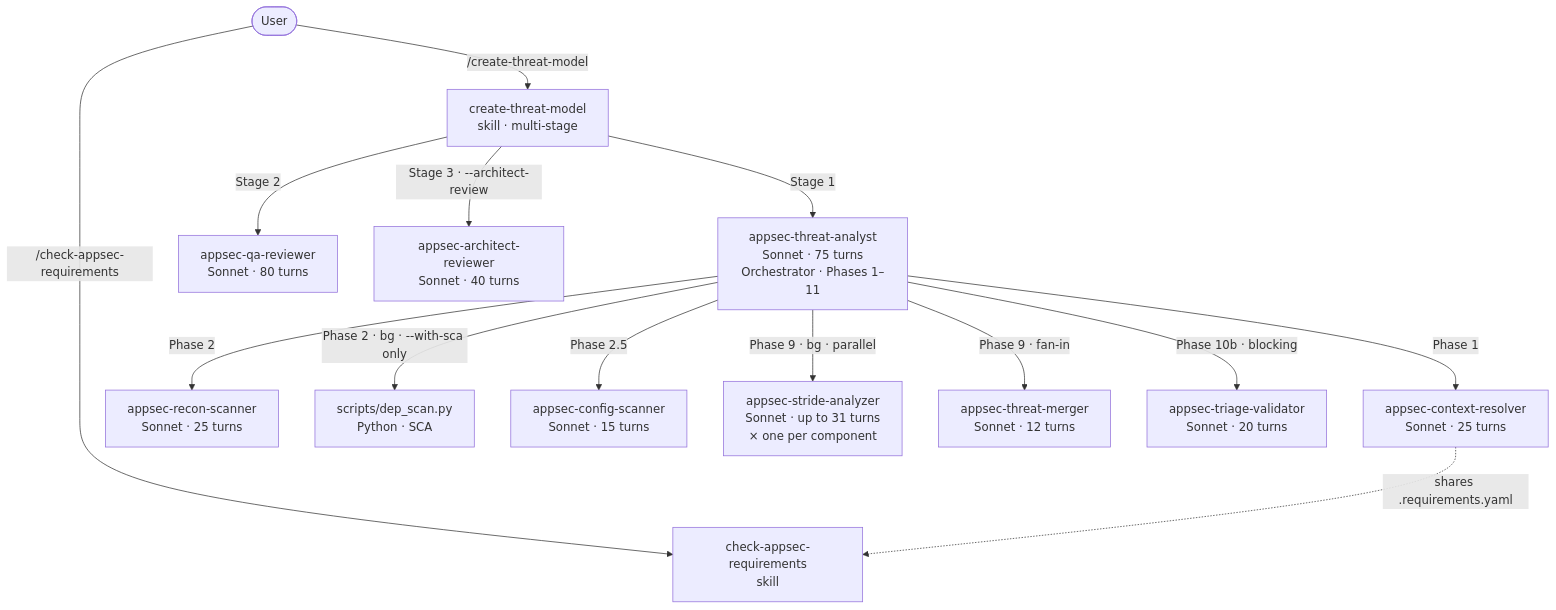
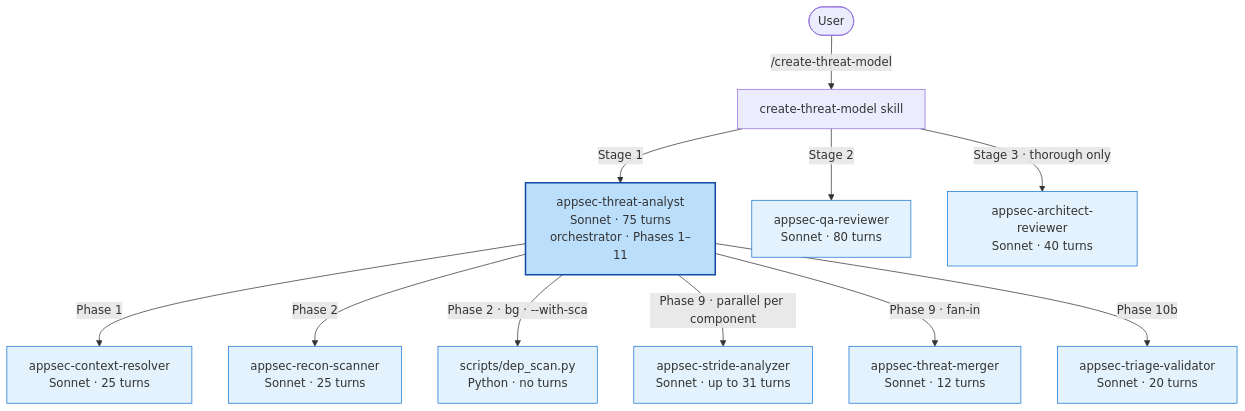
Before and after one commit to appsec-foundry/appsec-advisor: the diagram in docs/architecture.md, drawn with Mermaid. The commit also changed other lines of this file and 73 other files, not shown here.

Commit message:
integration von contracts und schemas

````diff
--- a/docs/architecture.md
+++ b/docs/architecture.md
@@ -23,20 +29,20 @@
 ```mermaid
 flowchart TD
-    U(["User"])
-    U -->|"/create-threat-model"| SKILL["create-threat-model<br/>skill · multi-stage"]
-    U -->|"/check-appsec-requirements"| SKL["check-appsec-requirements<br/>skill"]
+    U([User]) -->|/create-threat-model| SK[create-threat-model skill]
 
-    SKILL -->|"Stage 1"| TA["appsec-threat-analyst<br/>Sonnet · 75 turns<br/>Orchestrator · Phases 1–11"]
-    SKILL -->|"Stage 2"| QA["appsec-qa-reviewer<br/>Sonnet · 80 turns"]
-    SKILL -->|"Stage 3 · --architect-review"| AR["appsec-architect-reviewer<br/>Sonnet · 40 turns"]
+    SK -->|Stage 1| TA[appsec-threat-analyst<br/>Sonnet · 75 turns<br/>orchestrator · Phases 1–11]
+    SK -->|Stage 2| QA[appsec-qa-reviewer<br/>Sonnet · 80 turns]
+    SK -->|Stage 3 · thorough only| AR[appsec-architect-reviewer<br/>Sonnet · 40 turns]
 
-    TA -->|"Phase 1"| CR["appsec-context-resolver<br/>Sonnet · 25 turns"]
-    TA -->|"Phase 2"| RS["appsec-recon-scanner<br/>Sonnet · 25 turns"]
-    TA -->|"Phase 2 · bg · --with-sca only"| DS["scripts/dep_scan.py<br/>Python · SCA"]
-    TA -->|"Phase 2.5"| CFG["appsec-config-scanner<br/>Sonnet · 15 turns"]
-    TA -->|"Phase 9 · bg · parallel"| SA["appsec-stride-analyzer<br/>Sonnet · up to 31 turns<br/>× one per component"]
-    TA -->|"Phase 9 · fan-in"| TM["appsec-threat-merger<br/>Sonnet · 12 turns"]
-    TA -->|"Phase 10b · blocking"| TV["appsec-triage-validator<br/>Sonnet · 20 turns"]
+    TA -->|Phase 1| CR[appsec-context-resolver<br/>Sonnet · 25 turns]
+    TA -->|Phase 2| RS[appsec-recon-scanner<br/>Sonnet · 25 turns]
+    TA -->|Phase 2 · bg · --with-sca| DS[scripts/dep_scan.py<br/>Python · no turns]
+    TA -->|Phase 9 · parallel per component| SA[appsec-stride-analyzer<br/>Sonnet · up to 31 turns]
+    TA -->|Phase 9 · fan-in| TM[appsec-threat-merger<br/>Sonnet · 12 turns]
+    TA -->|Phase 10b| TV[appsec-triage-validator<br/>Sonnet · 20 turns]
 
-    CR -. "shares .requirements.yaml" .-> SKL
+    classDef stage fill:#e3f2fd,stroke:#1976d2
+    classDef orch fill:#bbdefb,stroke:#0d47a1,stroke-width:2px
+    class TA orch
+    class QA,AR,CR,RS,DS,SA,TM,TV stage
 ```
````
